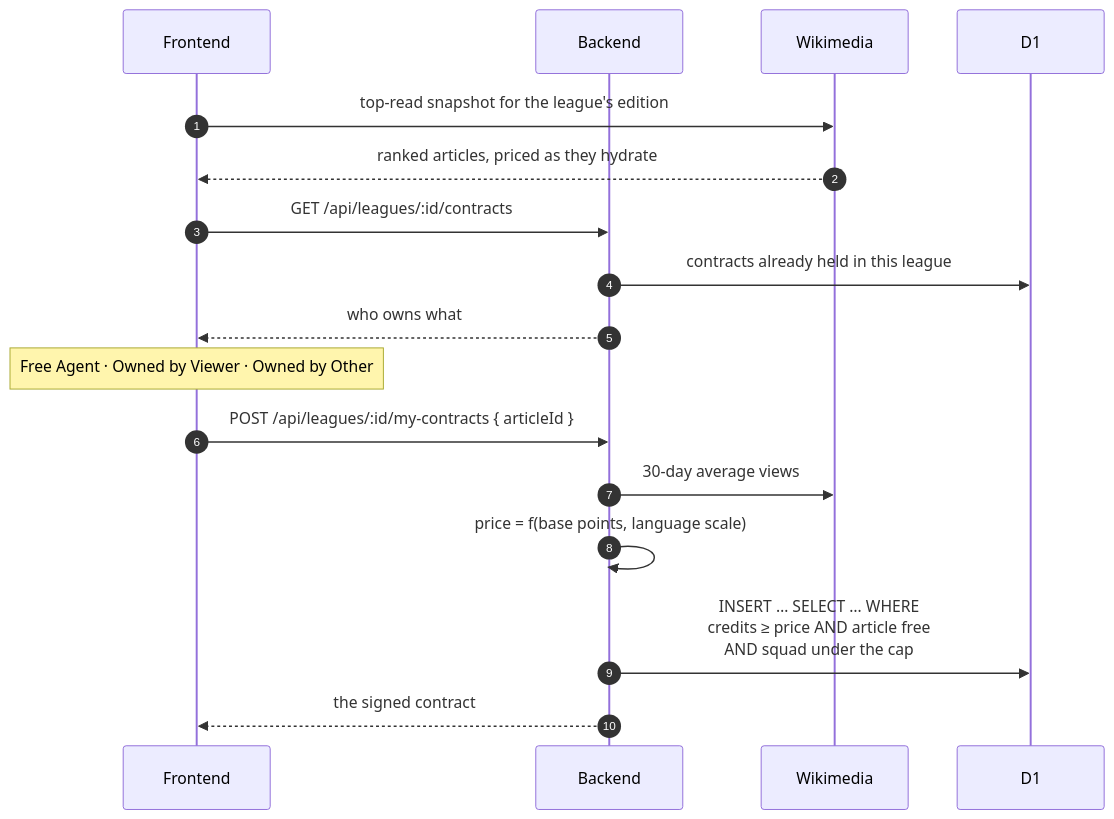
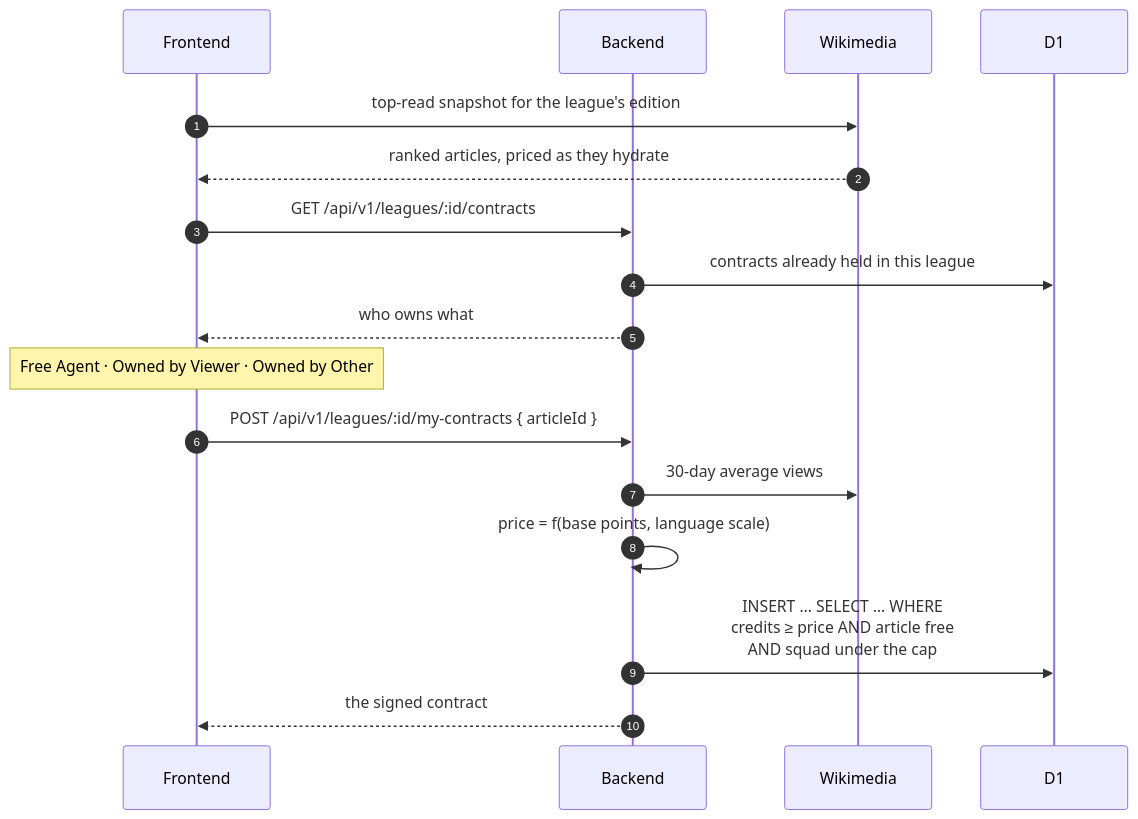
One commit to FantasyWiki/FantasyWiki changed the third of 6 diagrams in docs/site/pages/architecture/data-flow.md. Above: the diagram before and after it, drawn with Mermaid. The commit also changed other lines of this file and 49 other files, not shown here.

````diff
--- a/docs/site/pages/architecture/data-flow.md
+++ b/docs/site/pages/architecture/data-flow.md
@@ -120,21 +120,21 @@
 ```mermaid
 sequenceDiagram
   autonumber
   participant FE as Frontend
   participant BE as Backend
   participant WM as Wikimedia
   participant DB as D1
 
   FE->>WM: top-read snapshot for the league's edition
   WM-->>FE: ranked articles, priced as they hydrate
-  FE->>BE: GET /api/leagues/:id/contracts
+  FE->>BE: GET /api/v1/leagues/:id/contracts
   BE->>DB: contracts already held in this league
   BE-->>FE: who owns what
   Note over FE: Free Agent · Owned by Viewer · Owned by Other
 
-  FE->>BE: POST /api/leagues/:id/my-contracts { articleId }
+  FE->>BE: POST /api/v1/leagues/:id/my-contracts { articleId }
   BE->>WM: 30-day average views
   BE->>BE: price = f(base points, language scale)
   BE->>DB: INSERT … SELECT … WHERE<br/>credits ≥ price AND article free<br/>AND squad under the cap
   BE-->>FE: the signed contract
 ```
````
